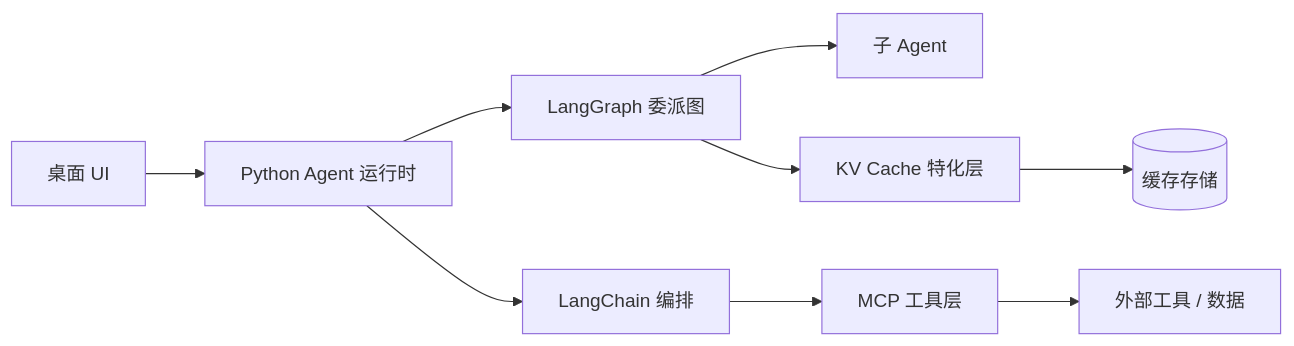
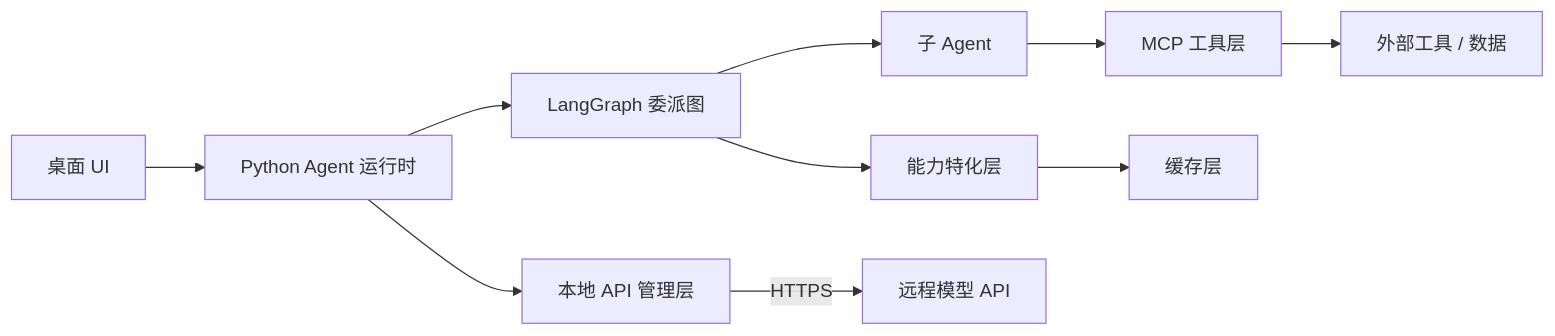
Before and after one commit to haha-ha-cuo/AuroraAgent-demo: the diagram in docs/overview/tech-stack.md, drawn with Mermaid. The commit also changed other lines of this file and 25 other files, not shown here.

````diff
--- a/docs/overview/tech-stack.md
+++ b/docs/overview/tech-stack.md
@@ -22,11 +25,12 @@
 ```mermaid
 flowchart LR
     UI[桌面 UI] --> Runtime[Python Agent 运行时]
     Runtime --> LG[LangGraph 委派图]
-    Runtime --> LC[LangChain 编排]
+    Runtime --> API[本地 API 管理层]
     LG --> Sub[子 Agent]
-    LG --> KV[KV Cache 特化层]
-    LC --> MCP[MCP 工具层]
-    KV --> Store[(缓存存储)]
+    LG --> Cap[能力特化层]
+    Sub --> MCP[MCP 工具层]
+    Cap --> Cache[缓存层]
+    API -->|HTTPS| Remote[远程模型 API]
     MCP --> Tools[外部工具 / 数据]
 ```
````
